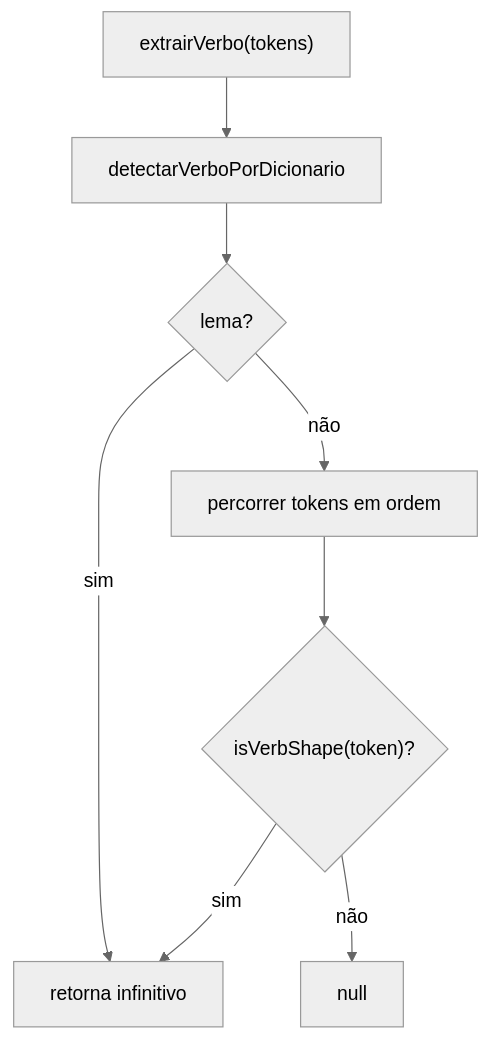
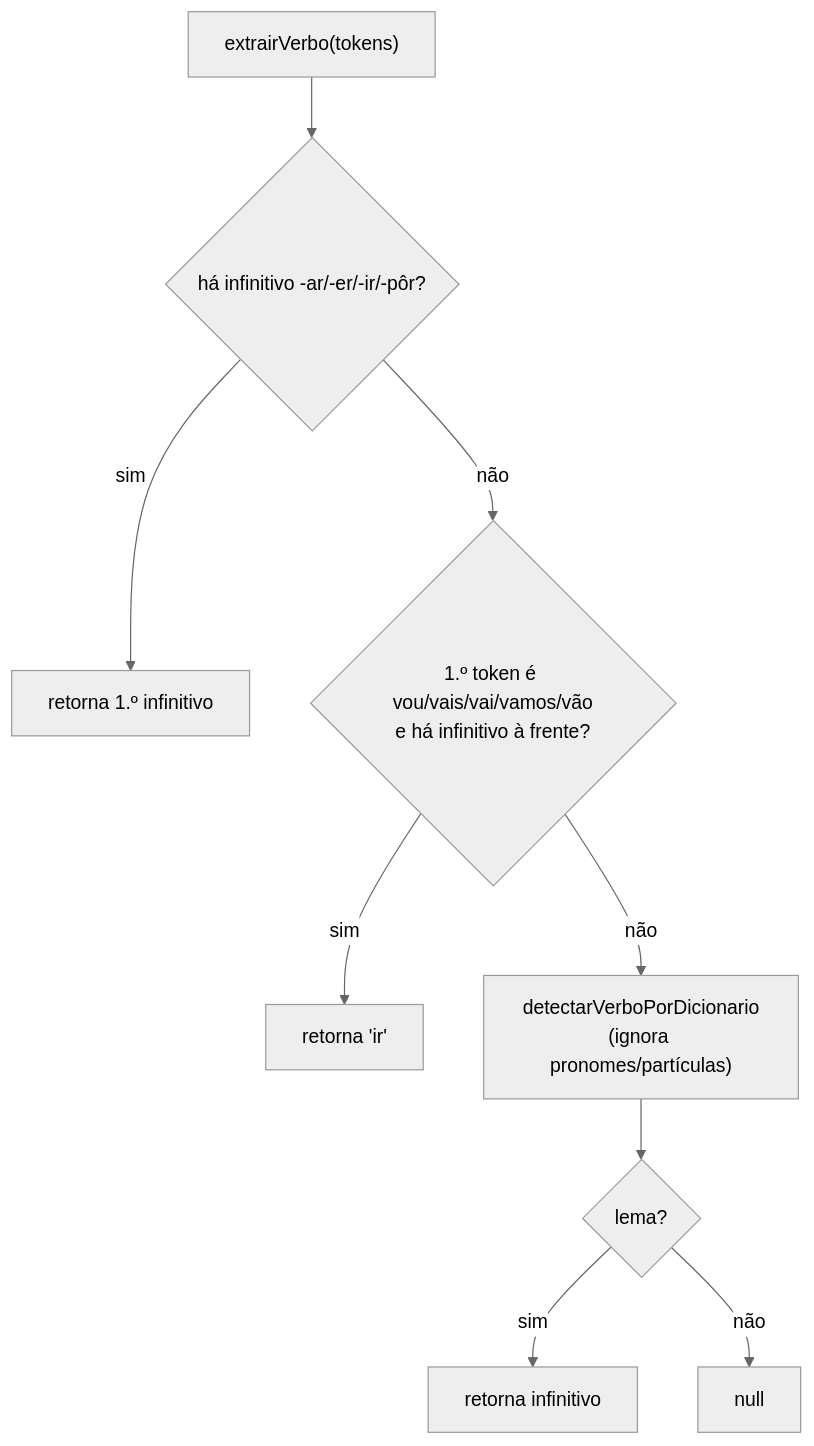
One commit to aac-ai-lab/conjug.ai changed the second of 6 diagrams in docs/diagrama.md. Above: the diagram before and after it, drawn with Mermaid (neutral theme). The commit also changed 9 other files, not shown here.

````diff
--- a/docs/diagrama.md
+++ b/docs/diagrama.md
@@ -32,10 +32,11 @@
 ```mermaid
 flowchart TD
-  X["extrairVerbo(tokens)"] --> Y["detectarVerboPorDicionario"]
-  Y --> Z{lema?}
-  Z -->|sim| R["retorna infinitivo"]
-  Z -->|não| W["percorrer tokens em ordem"]
-  W --> V{"isVerbShape(token)?"}
-  V -->|sim| R
-  V -->|não| N0["null"]
+  X["extrairVerbo(tokens)"] --> A{"há infinitivo -ar/-er/-ir/-pôr?"}
+  A -->|sim| B["retorna 1.º infinitivo"]
+  A -->|não| C{"1.º token é vou/vais/vai/vamos/vão<br/>e há infinitivo à frente?"}
+  C -->|sim| D["retorna 'ir'"]
+  C -->|não| E["detectarVerboPorDicionario<br/>(ignora pronomes/partículas)"]
+  E --> F{lema?}
+  F -->|sim| G["retorna infinitivo"]
+  F -->|não| H["null"]
 ```
````
